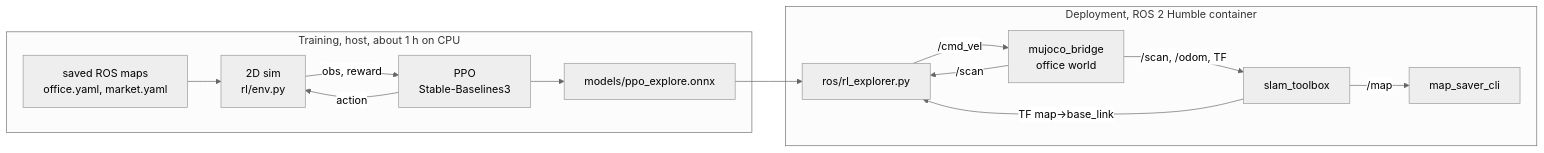
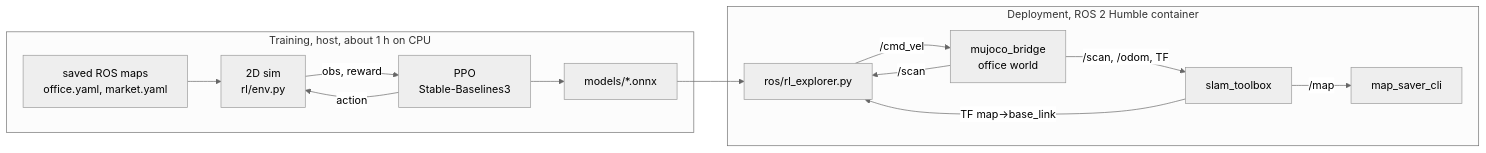
The first of 2 diagrams in README.md (Spathneja21/RL_Area_Mapping), drawn with Mermaid (neutral theme) before and after one commit. The commit also changed other lines of this file and 8 other files, not shown here.

````diff
--- a/README.md
+++ b/README.md
@@ -8,17 +13,17 @@
 ```mermaid
 flowchart LR
     subgraph Train[Training, host, about 1 h on CPU]
         MAPS[saved ROS maps<br/>office.yaml, market.yaml] --> SIM[2D sim<br/>rl/env.py]
         SIM -- obs, reward --> PPO[PPO<br/>Stable-Baselines3]
         PPO -- action --> SIM
-        PPO --> ONNX[models/ppo_explore.onnx]
+        PPO --> ONNX[models/*.onnx]
     end
     subgraph Deploy[Deployment, ROS 2 Humble container]
         MJ[mujoco_bridge<br/>office world] -- /scan, /odom, TF --> SLAM[slam_toolbox]
         SLAM -- TF map→base_link --> RL[ros/rl_explorer.py]
         MJ -- /scan --> RL
         ONNX --> RL
         RL -- /cmd_vel --> MJ
         SLAM -- /map --> SAVE[map_saver_cli]
     end
 ```
````
